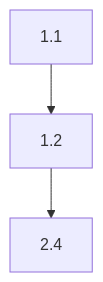
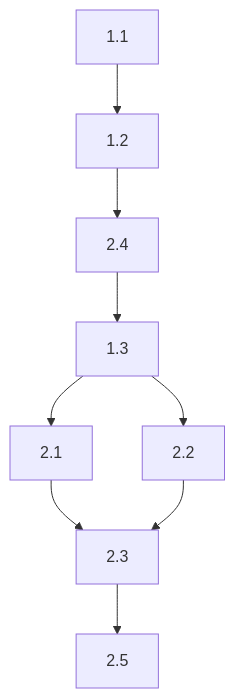
One commit to laceric/Run_Path_Generator changed the diagram in README.md. Above: the diagram before and after it, drawn with Mermaid.

````diff
--- a/README.md
+++ b/README.md
@@ -35,5 +35,10 @@
 ```mermaid
 graph TD;
     1.1-->1.2;
     1.2-->2.4;
+    2.4-->1.3;
+    1.3-->2.1;
+    1.3-->2.2;
+    2.1 & 2.2-->2.3;
+    2.3-->2.5;
 ```
````
